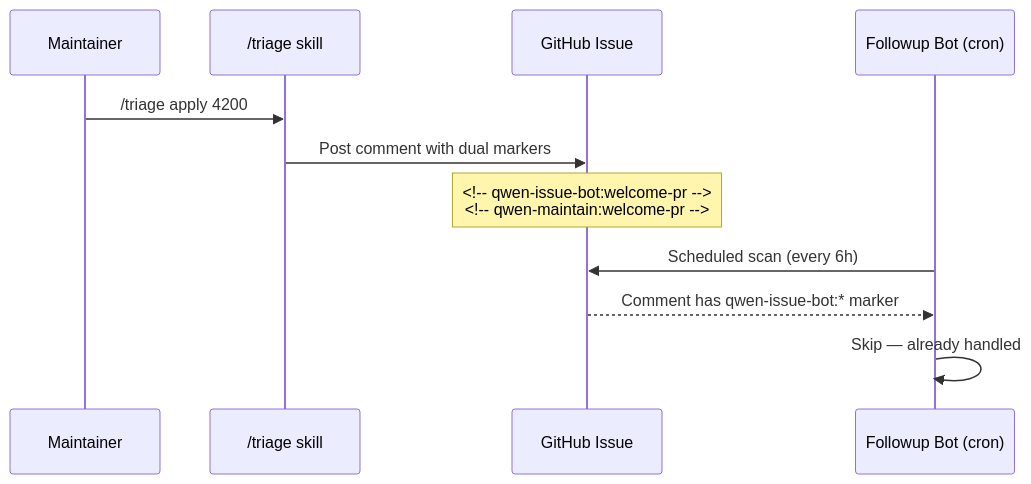
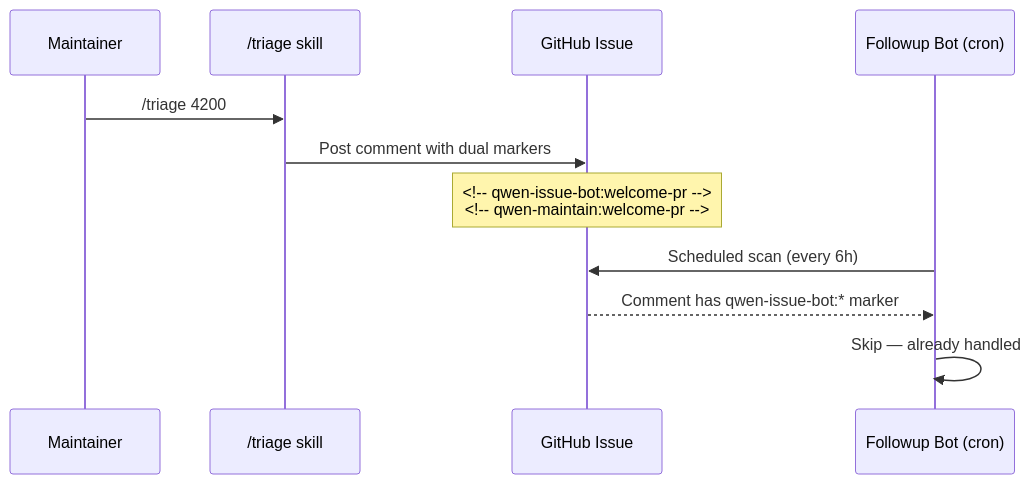
The second of 2 diagrams in .qwen/skills/triage/references/workflow-overview.md (CNCSMonster/qwen-code), drawn with Mermaid before and after one commit. The commit also changed other lines of this file and 3 other files, not shown here.

````diff
--- a/.qwen/skills/triage/references/workflow-overview.md
+++ b/.qwen/skills/triage/references/workflow-overview.md
@@ -81,15 +69,15 @@
 ```mermaid
 sequenceDiagram
   participant M as Maintainer
   participant S as /triage skill
   participant GH as GitHub Issue
   participant Bot as Followup Bot (cron)
 
-  M->>S: /triage apply 4200
+  M->>S: /triage 4200
   S->>GH: Post comment with dual markers
   Note over GH: <!-- qwen-issue-bot:welcome-pr --><br/><!-- qwen-maintain:welcome-pr -->
 
   Bot->>GH: Scheduled scan (every 6h)
   GH-->>Bot: Comment has qwen-issue-bot:* marker
   Bot->>Bot: Skip — already handled
 ```
````
